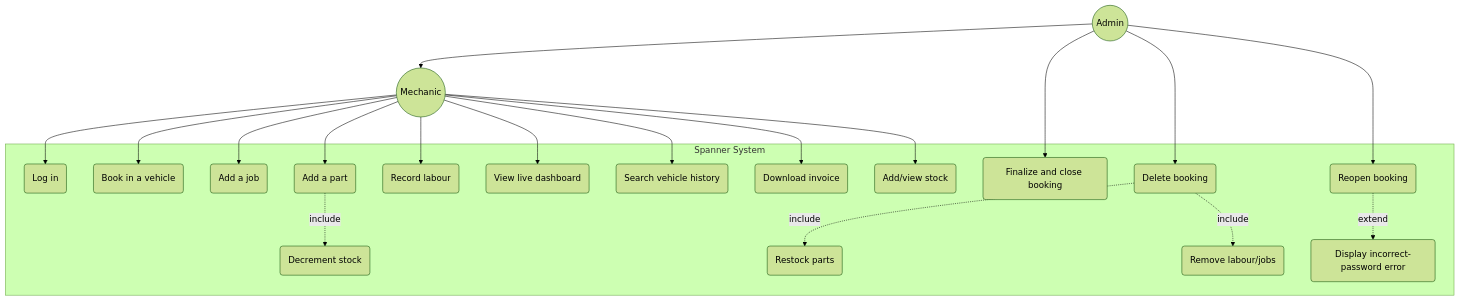
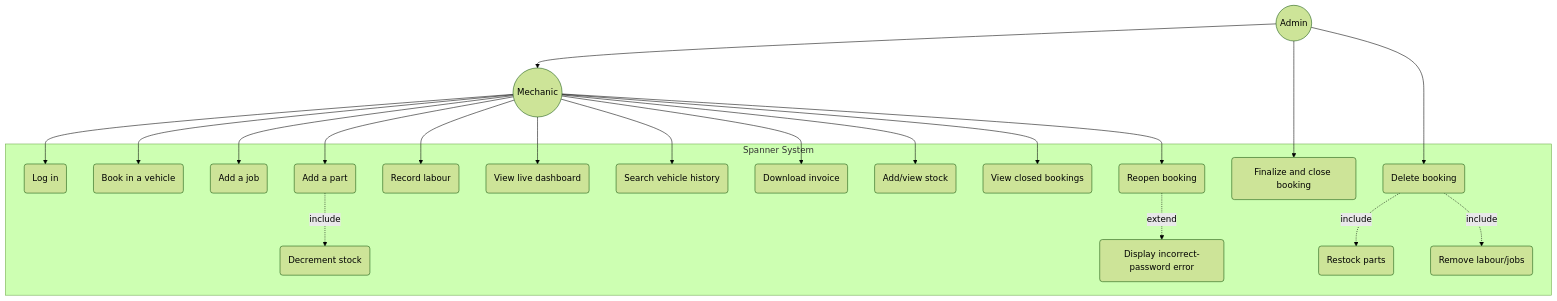
One commit to BlackZ3ro/Spanner-Riese-Auto-Clinic changed the first of 5 diagrams in project-docs/phase-2/uml-and-erd.md. Above: the diagram before and after it, drawn with Mermaid (forest theme). The commit also changed other lines of this file and 3 other files, not shown here.

First line of the commit message:
Correct use case diagram against live app, check off web wireframes

````diff
--- a/project-docs/phase-2/uml-and-erd.md
+++ b/project-docs/phase-2/uml-and-erd.md
@@ -47,45 +57,47 @@
 ```mermaid
 flowchart TB
     subgraph Boundary["Spanner System"]
         UC1(Log in)
         UC2(Book in a vehicle)
         UC3(Add a job)
         UC4(Add a part)
         UC4b(Decrement stock)
         UC5(Record labour)
         UC6(View live dashboard)
         UC7(Search vehicle history)
         UC8(Download invoice)
         UC9(Add/view stock)
+        UC13(View closed bookings)
+        UC12(Reopen booking)
+        UC12b(Display incorrect-password error)
         UC10(Finalize and close booking)
         UC11(Delete booking)
         UC11b(Restock parts)
         UC11c(Remove labour/jobs)
-        UC12(Reopen booking)
-        UC12b(Display incorrect-password error)
     end
 
     Mechanic((Mechanic))
     Admin((Admin))
 
     Admin --> Mechanic
 
     Mechanic --> UC1
     Mechanic --> UC2
     Mechanic --> UC3
     Mechanic --> UC4
     Mechanic --> UC5
     Mechanic --> UC6
     Mechanic --> UC7
     Mechanic --> UC8
     Mechanic --> UC9
+    Mechanic --> UC13
+    Mechanic --> UC12
 
     Admin --> UC10
     Admin --> UC11
-    Admin --> UC12
 
     UC4 -. include .-> UC4b
     UC11 -. include .-> UC11b
     UC11 -. include .-> UC11c
     UC12 -. extend .-> UC12b
 ```
````
